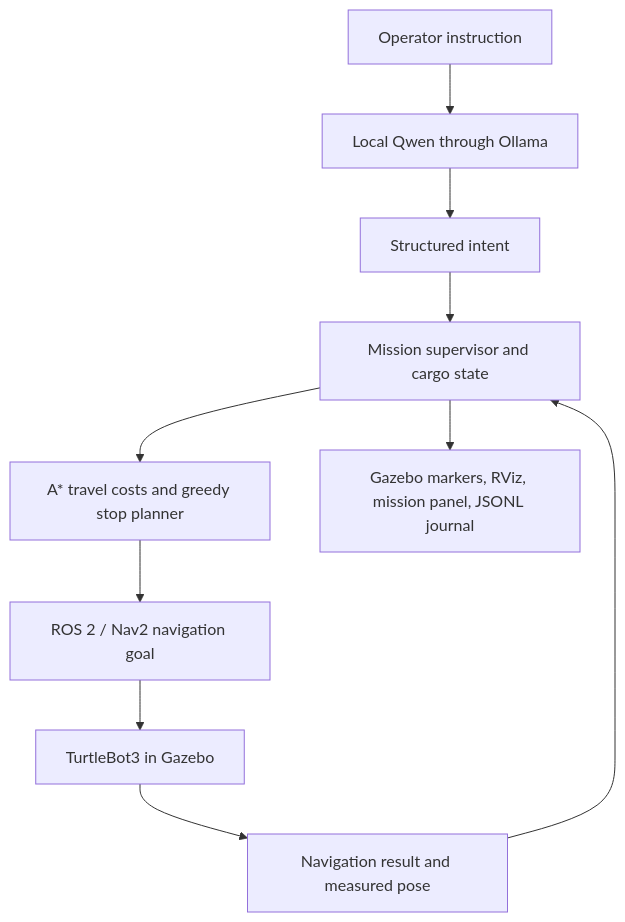
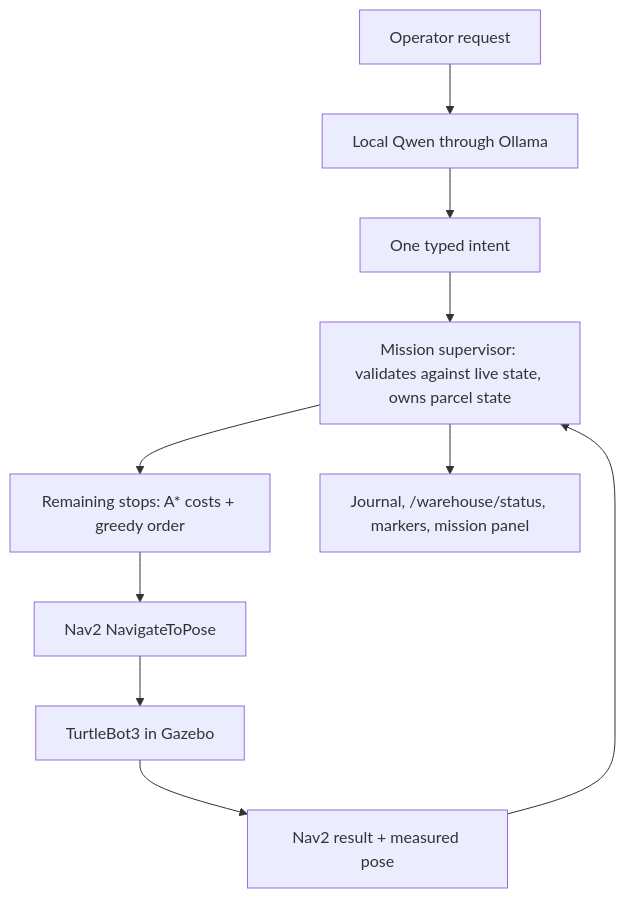
Before and after one commit to ApurvK032/ros-llm-ops: the diagram in README.md, drawn with Mermaid. The commit also changed other lines of this file and 19 other files, not shown here.

````diff
--- a/README.md
+++ b/README.md
@@ -32,12 +31,12 @@
 ```mermaid
 flowchart TD
-    A[Operator instruction] --> B[Local Qwen through Ollama]
-    B --> C[Structured intent]
-    C --> D[Mission supervisor and cargo state]
-    D --> E[A* travel costs and greedy stop planner]
-    E --> F[ROS 2 / Nav2 navigation goal]
+    A[Operator request] --> B[Local Qwen through Ollama]
+    B --> C[One typed intent]
+    C --> D[Mission supervisor: validates against live state, owns parcel state]
+    D --> E[Remaining stops: A* costs + greedy order]
+    E --> F[Nav2 NavigateToPose]
     F --> G[TurtleBot3 in Gazebo]
-    G --> H[Navigation result and measured pose]
+    G --> H[Nav2 result + measured pose]
     H --> D
-    D --> I[Gazebo markers, RViz, mission panel, JSONL journal]
+    D --> I[Journal, /warehouse/status, markers, mission panel]
 ```
````
